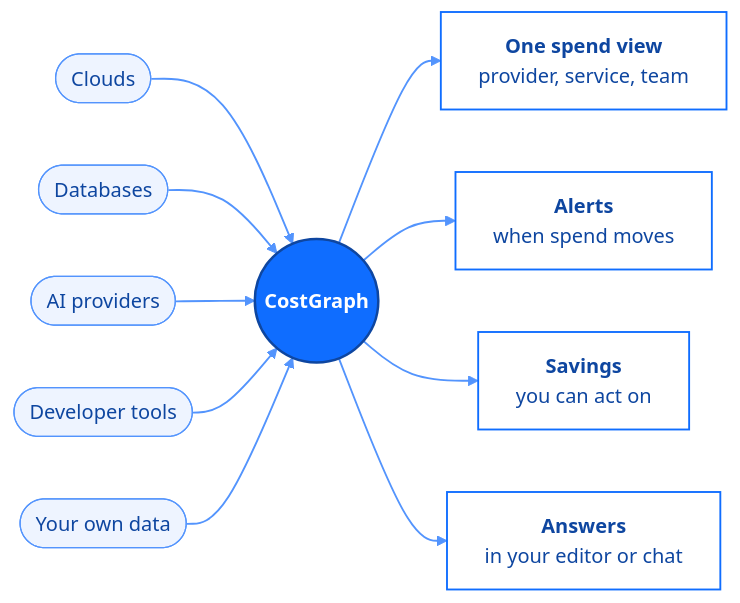
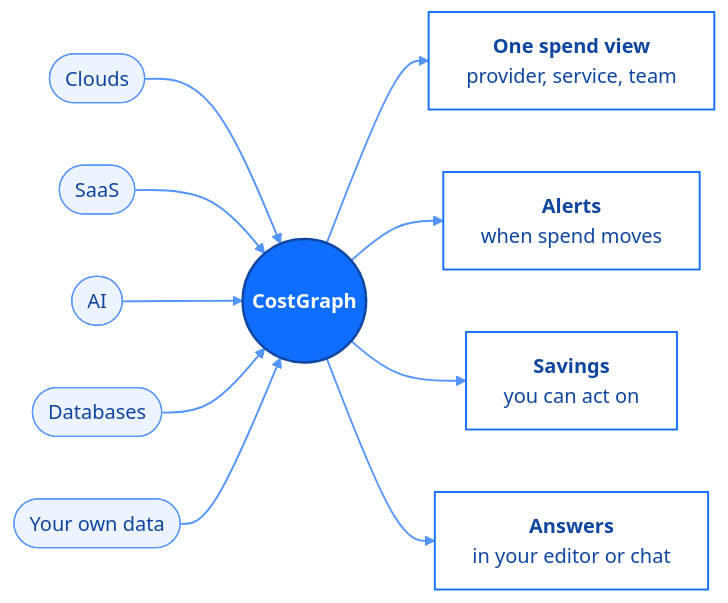
Before and after one commit to baselinehq/mintlify-docs: the diagram in costgraph/integrations/overview.mdx, drawn with Mermaid.

Commit message:
docs: use broader source categories in the integrations diagram

````diff
--- a/costgraph/integrations/overview.mdx
+++ b/costgraph/integrations/overview.mdx
@@ -24,36 +24,36 @@
 ```mermaid
 flowchart LR
   P1(["Clouds"])
-  P2(["Databases"])
-  P3(["AI providers"])
-  P4(["Developer tools"])
+  P2(["SaaS"])
+  P3(["AI"])
+  P4(["Databases"])
   P5(["Your own data"])
 
   CG(("CostGraph"))
 
   O1["<b>One spend view</b><br/>provider, service, team"]
   O2["<b>Alerts</b><br/>when spend moves"]
   O3["<b>Savings</b><br/>you can act on"]
   O4["<b>Answers</b><br/>in your editor or chat"]
 
   P1 --> CG
   P2 --> CG
   P3 --> CG
   P4 --> CG
   P5 --> CG
 
   CG --> O1
   CG --> O2
   CG --> O3
   CG --> O4
 
   classDef hub fill:#0F6DFF,stroke:#0E46A0,stroke-width:2px,color:#FFFFFF,font-weight:bold
   classDef source fill:#EEF4FF,stroke:#5394FD,stroke-width:1px,color:#0E46A0
   classDef outcome fill:#FFFFFF,stroke:#0F6DFF,stroke-width:1.5px,color:#0E46A0
 
   class CG hub
   class P1,P2,P3,P4,P5 source
   class O1,O2,O3,O4 outcome
 
   linkStyle default stroke:#5394FD,stroke-width:1.5px
 ```
````
